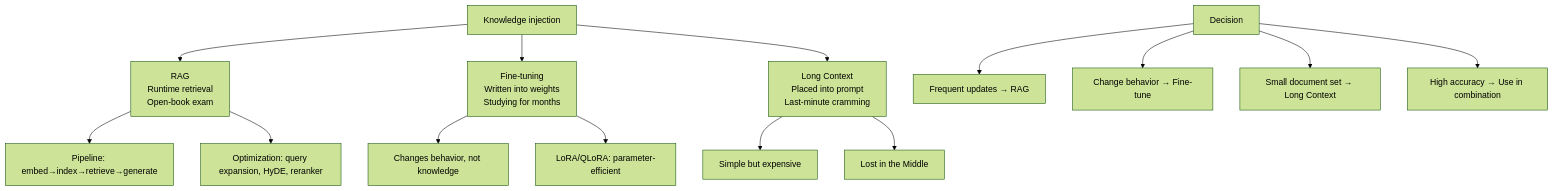
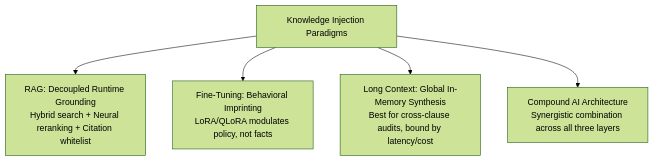
Before and after one commit to yingwang/thinking-in-llm: the eighth of 8 diagrams in en/chapters/10-knowledge.md, drawn with Mermaid (forest theme). The commit also changed other lines of this file and 31 other files, not shown here.

````diff
--- a/en/chapters/10-knowledge.md
+++ b/en/chapters/10-knowledge.md
@@ -757,20 +418,7 @@
 ```mermaid
 graph TB
-    A["Knowledge injection"] --> B["RAG<br/>Runtime retrieval<br/>Open-book exam"]
-    A --> C["Fine-tuning<br/>Written into weights<br/>Studying for months"]
-    A --> D["Long Context<br/>Placed into prompt<br/>Last-minute cramming"]
-
-    B --> E["Pipeline: embed→index→retrieve→generate"]
-    B --> F["Optimization: query expansion, HyDE, reranker"]
-
-    C --> G["Changes behavior, not knowledge"]
-    C --> H["LoRA/QLoRA: parameter-efficient"]
-
-    D --> I["Simple but expensive"]
-    D --> J["Lost in the Middle"]
-
-    K["Decision"] --> L["Frequent updates → RAG"]
-    K --> M["Change behavior → Fine-tune"]
-    K --> N["Small document set → Long Context"]
-    K --> O["High accuracy → Use in combination"]
+    A["Knowledge Injection Paradigms"] --> B["RAG: Decoupled Runtime Grounding<br/>Hybrid search + Neural reranking + Citation whitelist"]
+    A --> C["Fine-Tuning: Behavioral Imprinting<br/>LoRA/QLoRA modulates policy, not facts"]
+    A --> D["Long Context: Global In-Memory Synthesis<br/>Best for cross-clause audits, bound by latency/cost"]
+    A --> E["Compound AI Architecture<br/>Synergistic combination across all three layers"]
 ```
````
